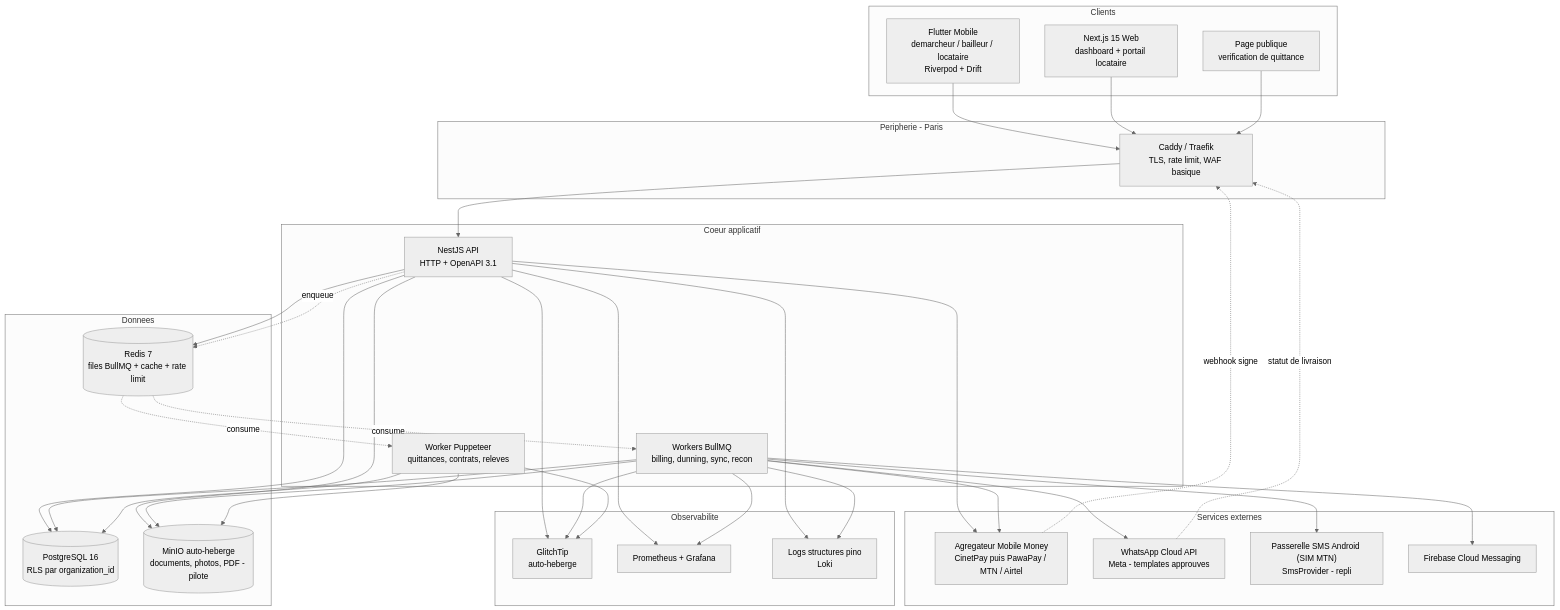
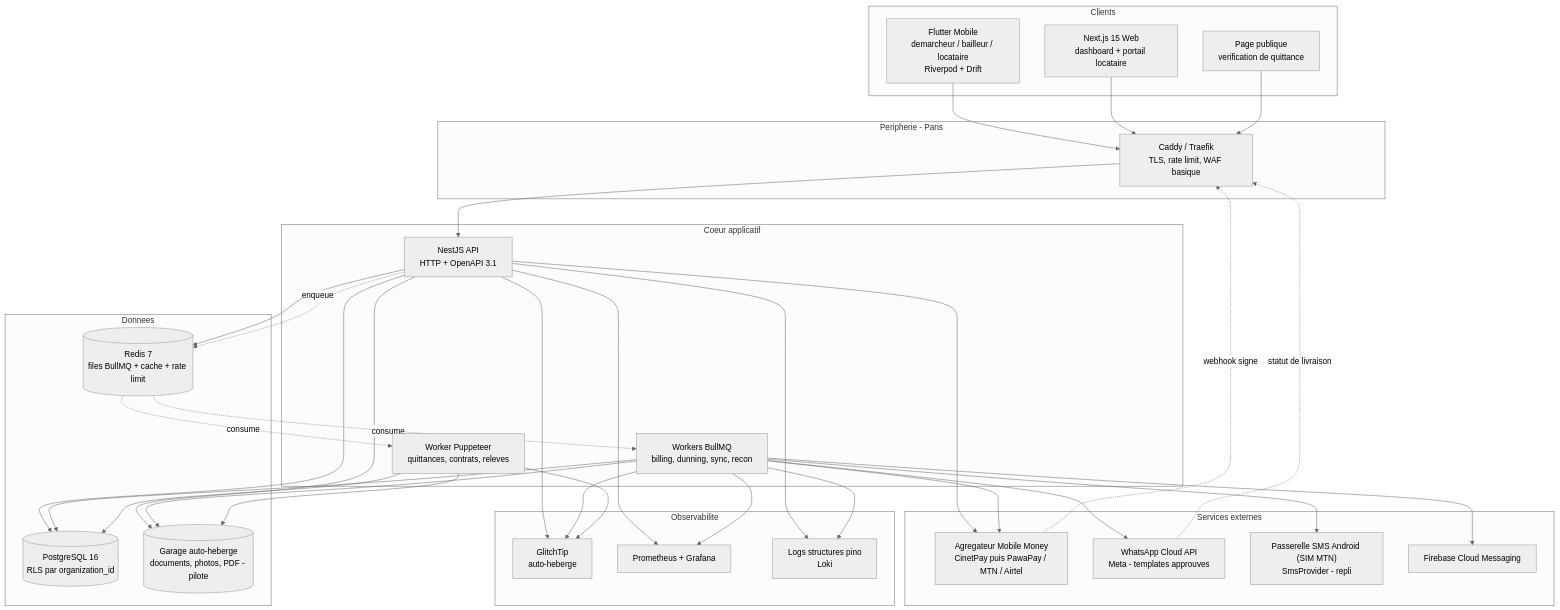
The first of 14 diagrams in docs/02_architecture_technique.md (Mukatu/immodesk), drawn with Mermaid (neutral theme) before and after one commit. The commit also changed other lines of this file and 39 other files, not shown here.

First line of the commit message:
feat(infra): remplacer minio par garage pour le stockage objet (#72)

````diff
--- a/docs/02_architecture_technique.md
+++ b/docs/02_architecture_technique.md
@@ -50,72 +50,72 @@
 ```mermaid
 graph TB
     subgraph clients["Clients"]
         MOB["Flutter Mobile<br/>demarcheur / bailleur / locataire<br/>Riverpod + Drift"]
         WEB["Next.js 15 Web<br/>dashboard + portail locataire"]
         PUB["Page publique<br/>verification de quittance"]
     end
 
     subgraph edge["Peripherie - Paris"]
         CADDY["Caddy / Traefik<br/>TLS, rate limit, WAF basique"]
     end
 
     subgraph core["Coeur applicatif"]
         API["NestJS API<br/>HTTP + OpenAPI 3.1"]
         WRK["Workers BullMQ<br/>billing, dunning, sync, recon"]
         PDFW["Worker Puppeteer<br/>quittances, contrats, releves"]
     end
 
     subgraph data["Donnees"]
         PG[("PostgreSQL 16<br/>RLS par organization_id")]
         REDIS[("Redis 7<br/>files BullMQ + cache + rate limit")]
-        MINIO[("MinIO auto-heberge<br/>documents, photos, PDF - pilote")]
+        MINIO[("Garage auto-heberge<br/>documents, photos, PDF - pilote")]
     end
 
     subgraph ext["Services externes"]
         MM["Agregateur Mobile Money<br/>CinetPay puis PawaPay / MTN / Airtel"]
         WA["WhatsApp Cloud API<br/>Meta - templates approuves"]
         SMS["Passerelle SMS Android (SIM MTN)<br/>SmsProvider - repli"]
         FCM["Firebase Cloud Messaging"]
     end
 
     subgraph obs["Observabilite"]
         GLITCHTIP["GlitchTip<br/>auto-heberge"]
         PROM["Prometheus + Grafana"]
         LOGS["Logs structures pino<br/>Loki"]
     end
 
     MOB --> CADDY
     WEB --> CADDY
     PUB --> CADDY
     CADDY --> API
 
     API --> PG
     API --> REDIS
     API --> MINIO
     API -. "enqueue" .-> REDIS
 
     REDIS -. "consume" .-> WRK
     REDIS -. "consume" .-> PDFW
 
     WRK --> PG
     WRK --> MINIO
     PDFW --> PG
     PDFW --> MINIO
 
     API --> MM
     WRK --> MM
     MM -. "webhook signe" .-> CADDY
 
     WRK --> WA
     WRK --> SMS
     WRK --> FCM
     WA -. "statut de livraison" .-> CADDY
 
     API --> GLITCHTIP
     WRK --> GLITCHTIP
     PDFW --> GLITCHTIP
     API --> PROM
     WRK --> PROM
     API --> LOGS
     WRK --> LOGS
 ```
````
